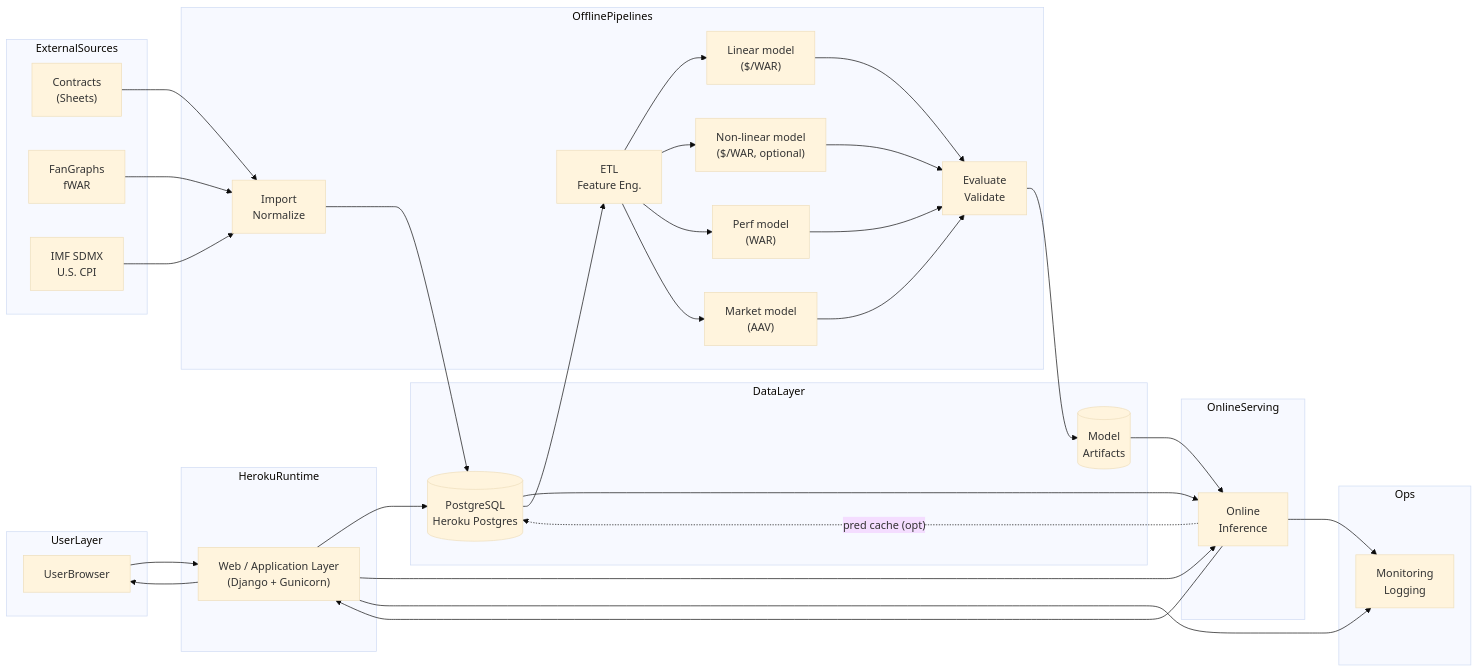
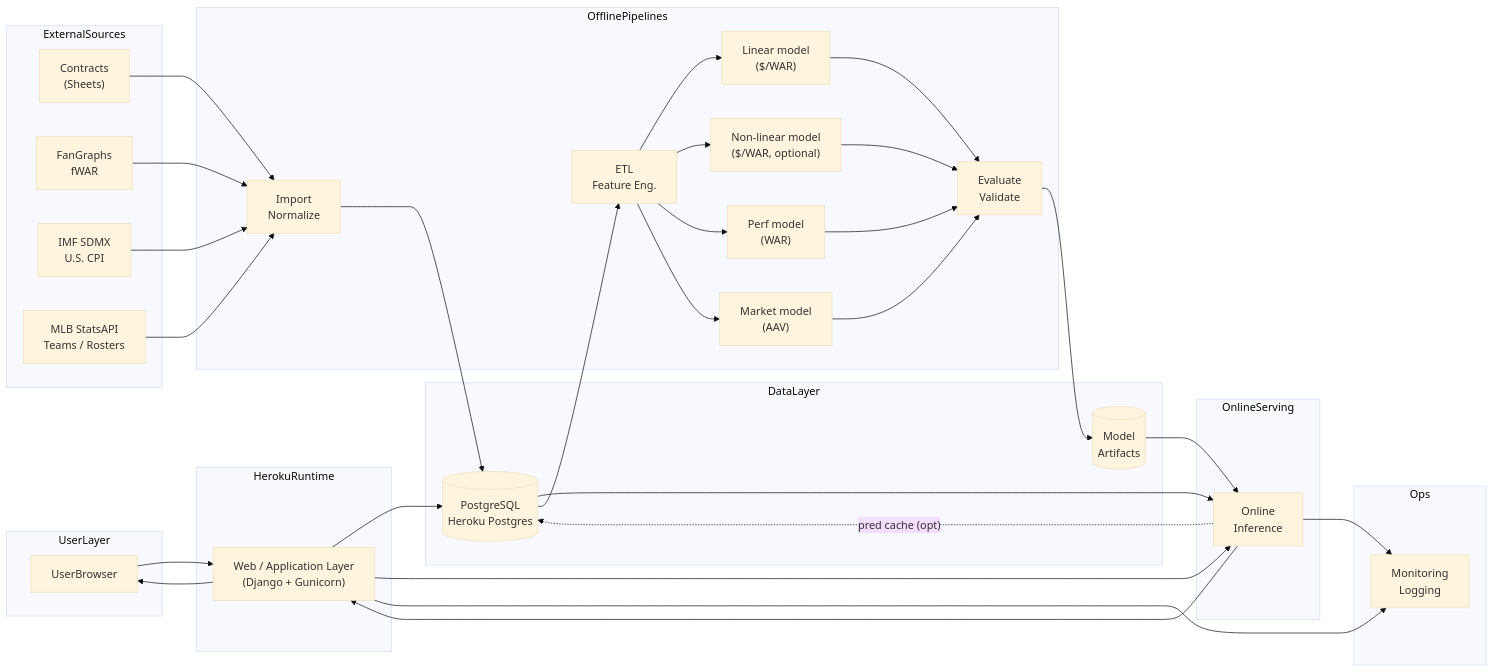
Before and after one commit to yechuk/backend: the first of 6 diagrams in ARCHITECTURE_TOBE.md, drawn with Mermaid (base theme). The commit also changed other lines of this file and 6 other files, not shown here.

Commit message:
Add MLB roster import pipeline

````diff
--- a/ARCHITECTURE_TOBE.md
+++ b/ARCHITECTURE_TOBE.md
@@ -39,70 +40,72 @@
 ```mermaid
 flowchart LR
     subgraph userLayer [UserLayer]
         User[UserBrowser]
     end
 
     subgraph heroku [HerokuRuntime]
         Web["Web / Application Layer<br/>(Django + Gunicorn)"]
     end
 
     subgraph dataLayer [DataLayer]
         Postgres[(PostgreSQL<br/>Heroku Postgres)]
         Artifacts[(Model<br/>Artifacts)]
     end
 
     subgraph serving [OnlineServing]
         Inference["Online<br/>Inference"]
     end
 
     subgraph ops [Ops]
         Monitor["Monitoring<br/>Logging"]
     end
 
     subgraph offline [OfflinePipelines]
         Import["Import<br/>Normalize"]
         ETL["ETL<br/>Feature Eng."]
         LinearFit["Linear model<br/>($/WAR)"]
         NonLinearFit["Non-linear model<br/>($/WAR, optional)"]
         PerfTrain["Perf model<br/>(WAR)"]
         MarketTrain["Market model<br/>(AAV)"]
         Eval["Evaluate<br/>Validate"]
     end
 
     subgraph external [ExternalSources]
         ContractSrc["Contracts<br/>(Sheets)"]
         FGSrc["FanGraphs<br/>fWAR"]
         CPISrc["IMF SDMX<br/>U.S. CPI"]
+        MLBStats["MLB StatsAPI<br/>Teams / Rosters"]
     end
 
     User --> Web
     Web --> Postgres
     Web --> Inference
     Postgres --> Inference
     Artifacts --> Inference
     Inference --> Web
     Web --> User
 
     Inference -. "pred cache (opt)" .-> Postgres
 
     Web --> Monitor
     Inference --> Monitor
 
     ContractSrc --> Import
     FGSrc --> Import
     CPISrc --> Import
+    MLBStats --> Import
     Import --> Postgres
 
     Postgres --> ETL
 
     ETL --> LinearFit
     ETL --> NonLinearFit
     ETL --> PerfTrain
     ETL --> MarketTrain
 
     LinearFit --> Eval
     NonLinearFit --> Eval
     PerfTrain --> Eval
     MarketTrain --> Eval
     Eval --> Artifacts
 ```
````
